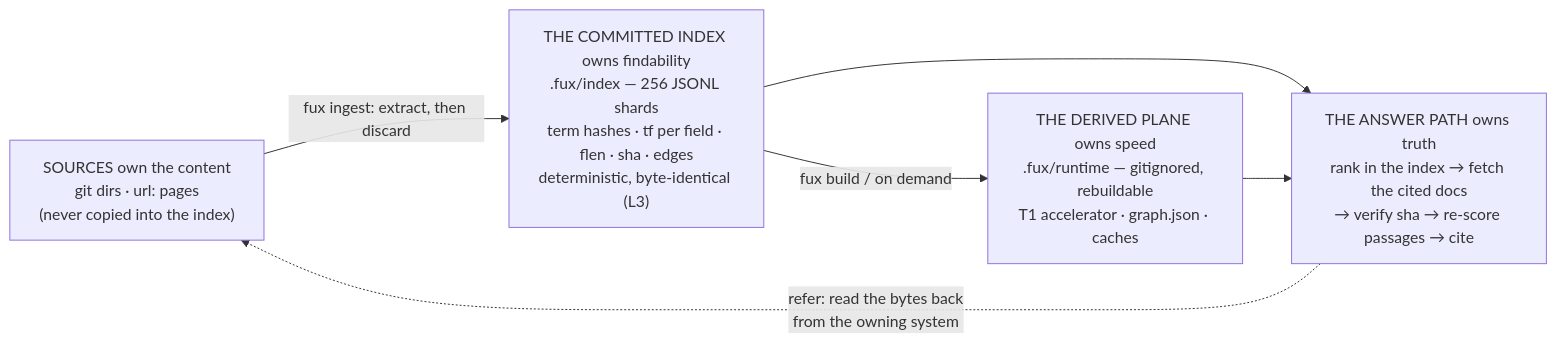
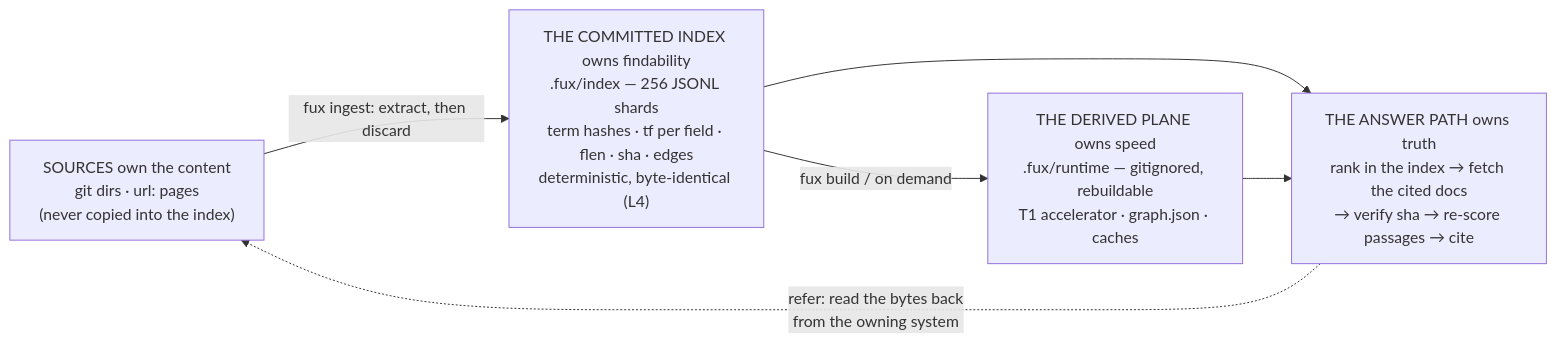
Before and after one commit to arpitarya/fux: the first of 18 diagrams in docs/paper/the-fux-index-paper.md, drawn with Mermaid. The commit also changed other lines of this file and 351 other files, not shown here.

````diff
--- a/docs/paper/the-fux-index-paper.md
+++ b/docs/paper/the-fux-index-paper.md
@@ -121,12 +121,12 @@
 ```mermaid
 flowchart LR
   S["SOURCES own the content<br/>git dirs · url: pages<br/>(never copied into the index)"]
-  I["THE COMMITTED INDEX owns findability<br/>.fux/index — 256 JSONL shards<br/>term hashes · tf per field · flen · sha · edges<br/>deterministic, byte-identical (L3)"]
+  I["THE COMMITTED INDEX owns findability<br/>.fux/index — 256 JSONL shards<br/>term hashes · tf per field · flen · sha · edges<br/>deterministic, byte-identical (L4)"]
   L["THE DERIVED PLANE owns speed<br/>.fux/runtime — gitignored, rebuildable<br/>T1 accelerator · graph.json · caches"]
   A["THE ANSWER PATH owns truth<br/>rank in the index → fetch the cited docs<br/>→ verify sha → re-score passages → cite"]
   S -- "fux ingest: extract, then discard" --> I
   I -- "fux build / on demand" --> L
   I --> A
   L --> A
   A -. "refer: read the bytes back<br/>from the owning system" .-> S
 ```
````
